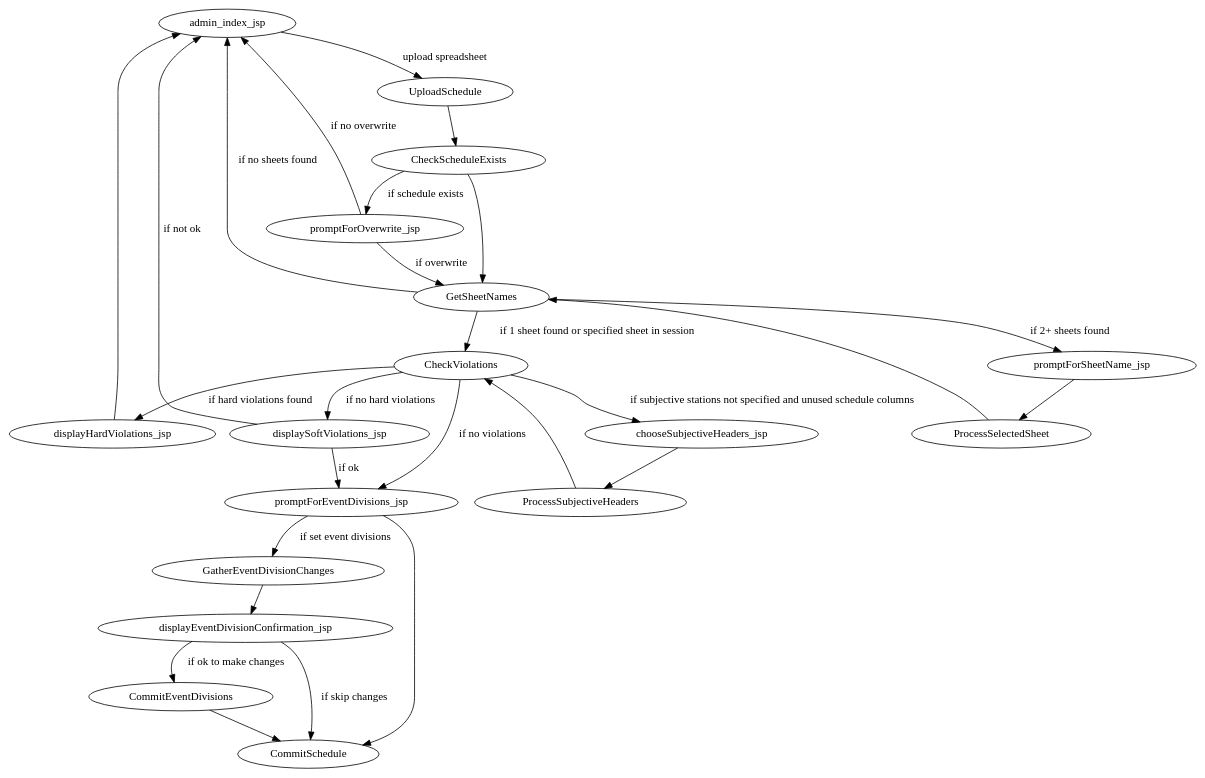
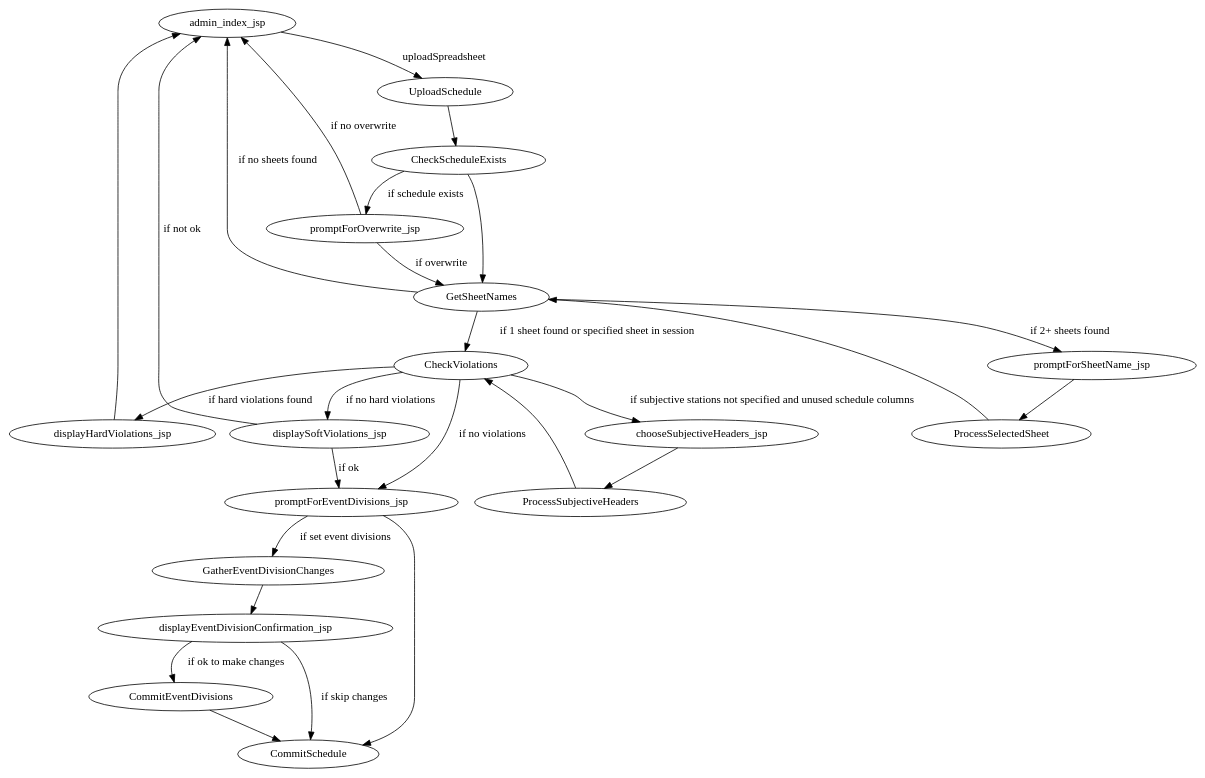
One commit to jpschewe/fll-sw changed the diagram in scoring/docs/workflows/upload-schedule.dot. Above: the diagram before and after it, drawn with Graphviz. The commit also changed 4 other files, not shown here.

Commit message:
Add documentation for upload spreadsheet and upload teams

```diff
--- a/scoring/docs/workflows/upload-schedule.dot
+++ b/scoring/docs/workflows/upload-schedule.dot
@@ -1,43 +1,43 @@
 digraph UploadSchedule {
 
-admin_index_jsp -> UploadSchedule [label="upload spreadsheet"];
+admin_index_jsp -> UploadSchedule [label="uploadSpreadsheet"];
 
 UploadSchedule -> CheckScheduleExists;
 
 CheckScheduleExists -> promptForOverwrite_jsp [label="if schedule exists"];
 
 promptForOverwrite_jsp -> GetSheetNames [label="if overwrite"];
 promptForOverwrite_jsp -> admin_index_jsp [label="if no overwrite"];
 
 CheckScheduleExists -> GetSheetNames;
 
 GetSheetNames -> admin_index_jsp [label="if no sheets found"];
 GetSheetNames -> CheckViolations [label="if 1 sheet found or specified sheet in session"];
 GetSheetNames -> promptForSheetName_jsp [label="if 2+ sheets found"];
 
 promptForSheetName_jsp -> ProcessSelectedSheet;
 ProcessSelectedSheet -> GetSheetNames;
 
 CheckViolations -> promptForEventDivisions_jsp [label="if no violations"];
 CheckViolations -> displayHardViolations_jsp [label="if hard violations found"];
 CheckViolations -> displaySoftViolations_jsp [label="if no hard violations"];
 
 CheckViolations -> chooseSubjectiveHeaders_jsp [label="if subjective stations not specified and unused schedule columns"];
 chooseSubjectiveHeaders_jsp -> ProcessSubjectiveHeaders;
 ProcessSubjectiveHeaders -> CheckViolations;
 
 displayHardViolations_jsp -> admin_index_jsp;
 
 displaySoftViolations_jsp -> promptForEventDivisions_jsp [label="if ok"];
 displaySoftViolations_jsp -> admin_index_jsp [label="if not ok"];
 
 promptForEventDivisions_jsp -> GatherEventDivisionChanges [label="if set event divisions"];
 promptForEventDivisions_jsp -> CommitSchedule;
 
 GatherEventDivisionChanges -> displayEventDivisionConfirmation_jsp;
 
 displayEventDivisionConfirmation_jsp -> CommitEventDivisions [label="if ok to make changes"];
 displayEventDivisionConfirmation_jsp -> CommitSchedule [label="if skip changes"];
 CommitEventDivisions -> CommitSchedule
 
 }
```
